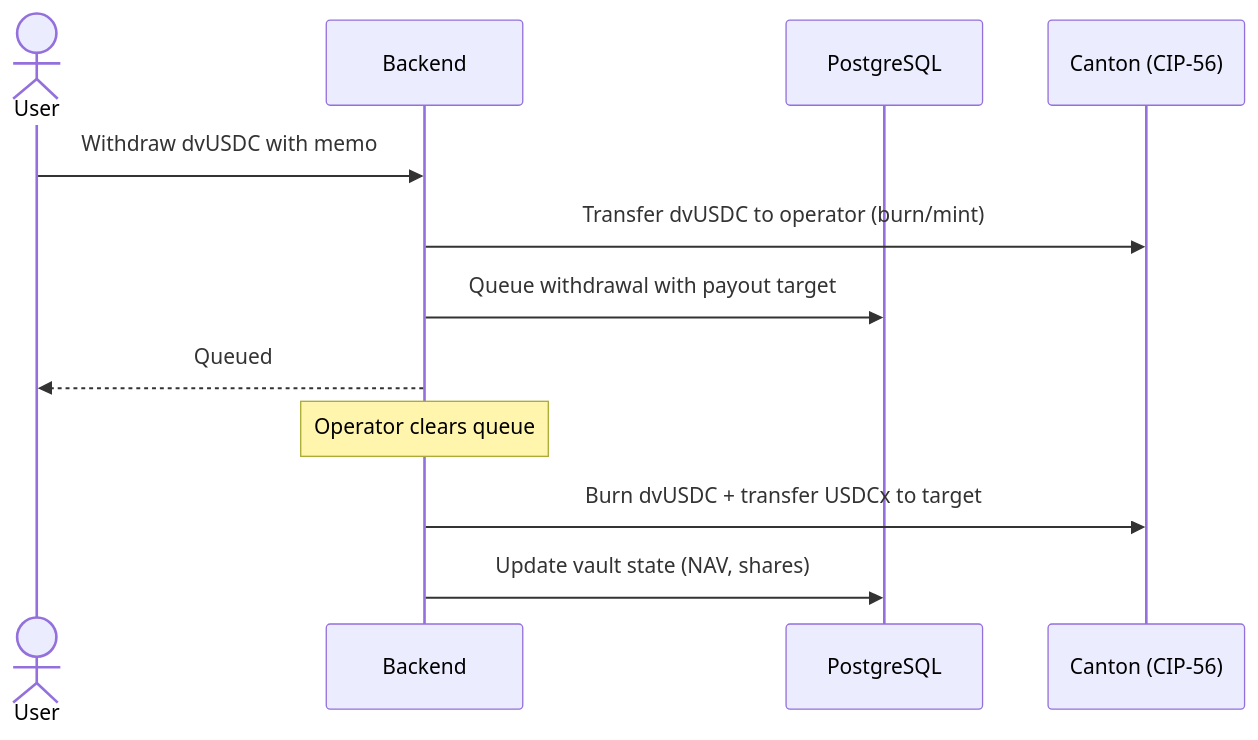
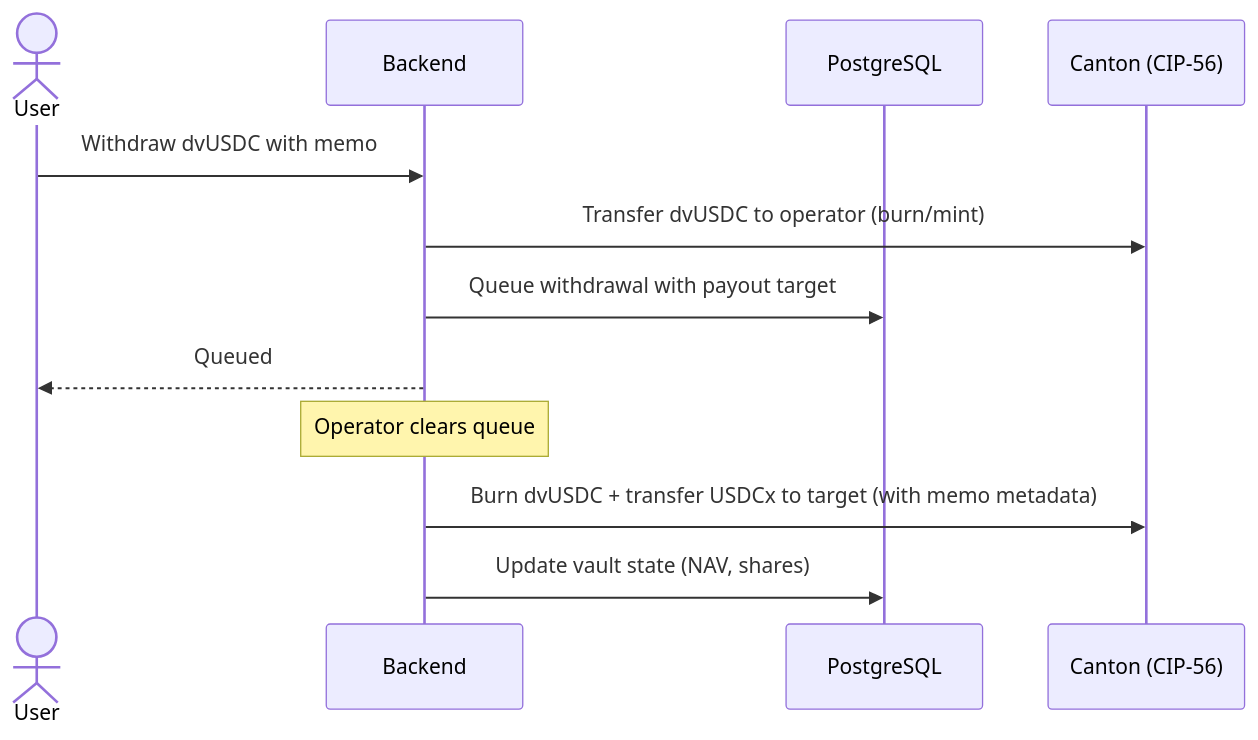
One commit to dittonetwork/ditto-ccvault changed the third of 3 diagrams in README.md. Above: the diagram before and after it, drawn with Mermaid. The commit also changed other lines of this file and 1 other file, not shown here.

First line of the commit message:
docs: update for v9 architecture — party separation, indexer, custodial USDCx

````diff
--- a/README.md
+++ b/README.md
@@ -103,16 +119,16 @@
 ```mermaid
 sequenceDiagram
     actor User
     participant BE as Backend
     participant DB as PostgreSQL
     participant CN as Canton (CIP-56)
 
     User->>BE: Withdraw dvUSDC with memo
     BE->>CN: Transfer dvUSDC to operator (burn/mint)
     BE->>DB: Queue withdrawal with payout target
     BE-->>User: Queued
 
     Note over BE: Operator clears queue
-    BE->>CN: Burn dvUSDC + transfer USDCx to target
+    BE->>CN: Burn dvUSDC + transfer USDCx to target (with memo metadata)
     BE->>DB: Update vault state (NAV, shares)
 ```
````
